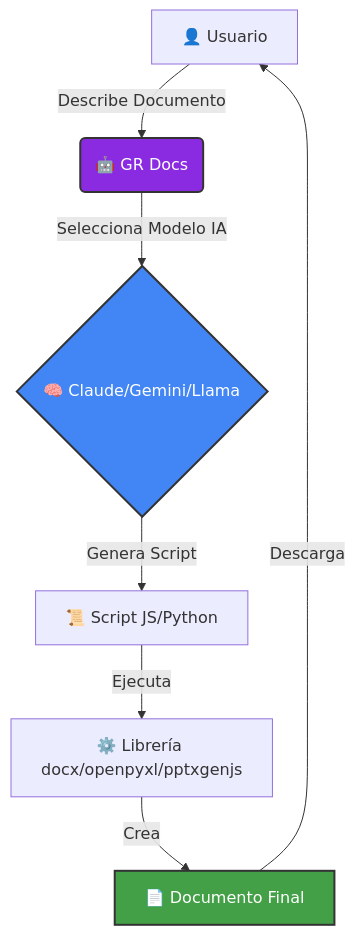
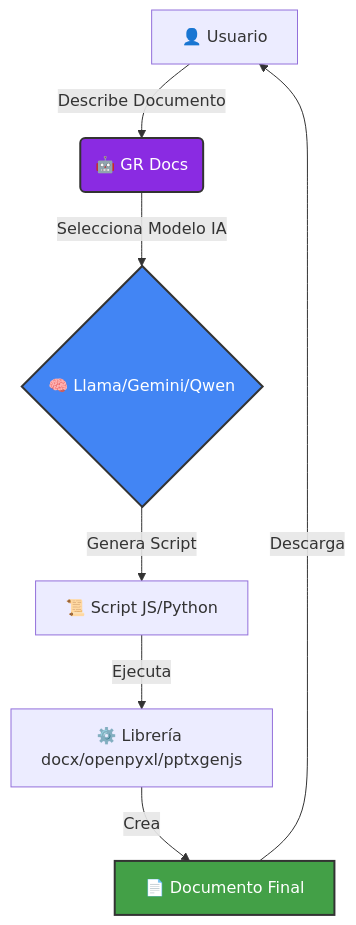
The first of 2 diagrams in README.md (JoseEduardoGR/GRDocs), drawn with Mermaid before and after one commit. The commit also changed other lines of this file and 1 other file, not shown here.

````diff
--- a/README.md
+++ b/README.md
@@ -56,13 +56,13 @@
 ```mermaid
 graph TD
     A[👤 Usuario] -->|Describe Documento| B(🤖 GR Docs)
-    B -->|Selecciona Modelo IA| C{🧠 Claude/Gemini/Llama}
+    B -->|Selecciona Modelo IA| C{🧠 Llama/Gemini/Qwen}
     C -->|Genera Script| D[📜 Script JS/Python]
     D -->|Ejecuta| E[⚙️ Librería docx/openpyxl/pptxgenjs]
     E -->|Crea| F[📄 Documento Final]
     F -->|Descarga| A
     
     style B fill:#8A2BE2,stroke:#333,stroke-width:2px,color:#fff
     style C fill:#4285F4,stroke:#333,stroke-width:2px,color:#fff
     style F fill:#43A047,stroke:#333,stroke-width:2px,color:#fff
 ```
````
